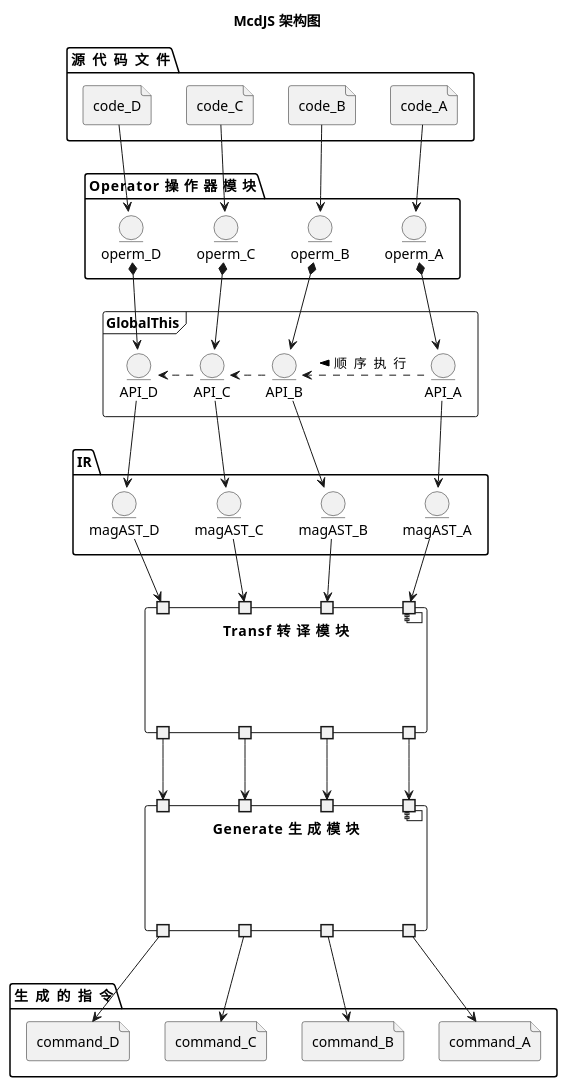
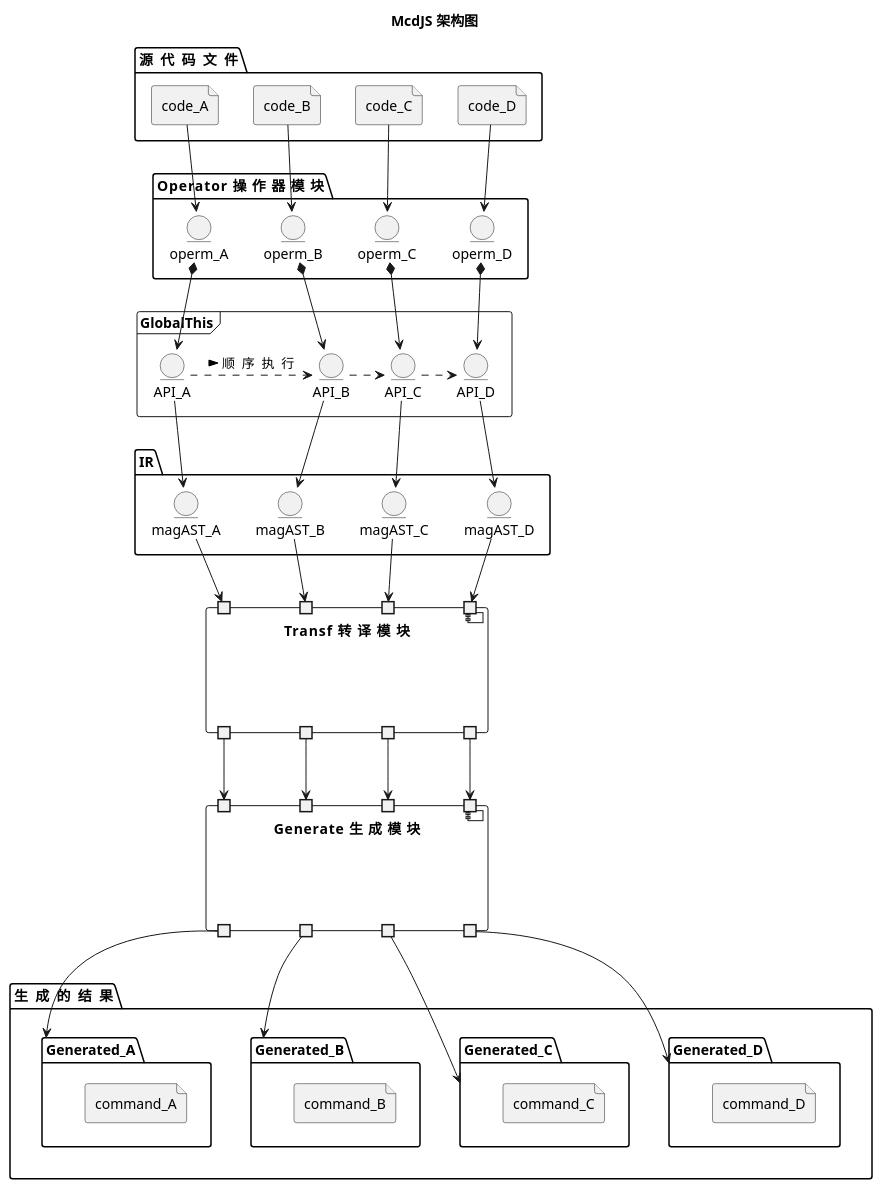
The diagram in packages/mcdjs/lib/arch.puml (n9gc/mcdjs), drawn with PlantUML before and after one commit. The commit also changed 14 other files, not shown here.

```diff
--- a/packages/mcdjs/lib/arch.puml
+++ b/packages/mcdjs/lib/arch.puml
@@ -1,80 +1,88 @@
 @startuml
 title "McdJS 架构图"
 folder "源  代  码  文  件" {
+	file code_A
+	file code_B
+	file code_C
 	file code_D
-	file code_C
-	file code_B
-	file code_A
 }
 package "Operator 操  作  器  模  块" {
+	entity operm_A
+	entity operm_B
+	entity operm_C
 	entity operm_D
-	entity operm_C
-	entity operm_B
-	entity operm_A
 }
+code_A --> operm_A
+code_B --> operm_B
+code_C --> operm_C
 code_D --> operm_D
-code_C --> operm_C
-code_B --> operm_B
-code_A --> operm_A
 frame GlobalThis {
+	entity API_A
+	entity API_B
+	entity API_C
 	entity API_D
-	entity API_C
-	entity API_B
-	entity API_A
 	API_C .> API_D
 	API_B .> API_C
 	API_A .> API_B : 顺  序  执  行 >
 }
+operm_A *--> API_A
+operm_B *--> API_B
+operm_C *--> API_C
 operm_D *--> API_D
-operm_C *--> API_C
-operm_B *--> API_B
-operm_A *--> API_A
 package IR {
+	entity magAST_A
+	entity magAST_B
+	entity magAST_C
 	entity magAST_D
-	entity magAST_C
-	entity magAST_B
-	entity magAST_A
 }
+API_A --> magAST_A
+API_B --> magAST_B
+API_C --> magAST_C
 API_D --> magAST_D
-API_C --> magAST_C
-API_B --> magAST_B
-API_A --> magAST_A
 component "Transf 转  译  模  块" {
+	portin " " as TrasfIn_A
+	portin " " as TrasfIn_B
+	portin " " as TrasfIn_C
 	portin " " as TrasfIn_D
-	portin " " as TrasfIn_C
-	portin " " as TrasfIn_B
-	portin " " as TrasfIn_A
+	portout " " as TrasfOut_A
+	portout " " as TrasfOut_B
+	portout " " as TrasfOut_C
 	portout " " as TrasfOut_D
-	portout " " as TrasfOut_C
-	portout " " as TrasfOut_B
-	portout " " as TrasfOut_A
 }
+magAST_A --> TrasfIn_A
+magAST_B --> TrasfIn_B
+magAST_C --> TrasfIn_C
 magAST_D --> TrasfIn_D
-magAST_C --> TrasfIn_C
-magAST_B --> TrasfIn_B
-magAST_A --> TrasfIn_A
 component "Generate 生  成  模  块" {
+	portin " " as GenerateIn_A
+	portin " " as GenerateIn_B
+	portin " " as GenerateIn_C
 	portin " " as GenerateIn_D
-	portin " " as GenerateIn_C
-	portin " " as GenerateIn_B
-	portin " " as GenerateIn_A
+	portout " " as GenerateOut_A
+	portout " " as GenerateOut_B
+	portout " " as GenerateOut_C
 	portout " " as GenerateOut_D
-	portout " " as GenerateOut_C
-	portout " " as GenerateOut_B
-	portout " " as GenerateOut_A
 }
+TrasfOut_A --> GenerateIn_A
+TrasfOut_B --> GenerateIn_B
+TrasfOut_C --> GenerateIn_C
 TrasfOut_D --> GenerateIn_D
-TrasfOut_C --> GenerateIn_C
-TrasfOut_B --> GenerateIn_B
-TrasfOut_A --> GenerateIn_A
-folder "生  成  的  指  令" {
-	file command_D
-	file command_C
-	file command_B
-	file command_A
+folder "生  成  的  结  果" {
+	package Generated_A {
+		file command_A
+	}
+	package Generated_B {
+		file command_B
+	}
+	package Generated_C {
+		file command_C
+	}
+	package Generated_D {
+		file command_D
+	}
 }
-GenerateOut_D --> command_D
-GenerateOut_C --> command_C
-GenerateOut_B --> command_B
-GenerateOut_A --> command_A
+GenerateOut_A --> Generated_A
+GenerateOut_B --> Generated_B
+GenerateOut_C --> Generated_C
+GenerateOut_D --> Generated_D
 @enduml
```
